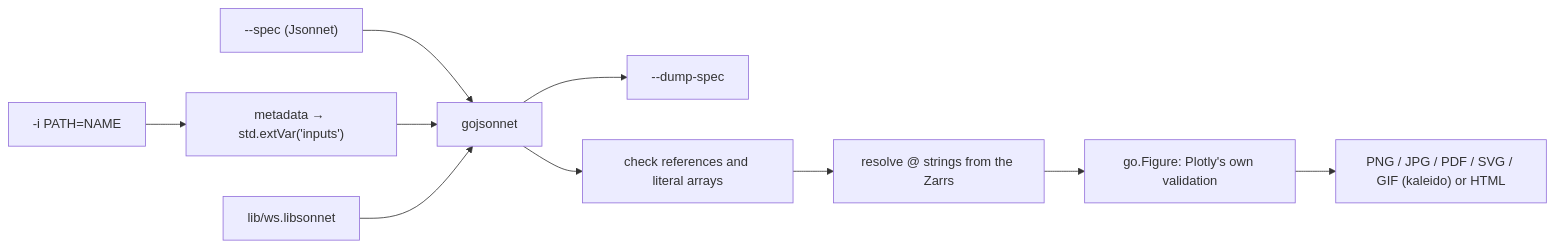
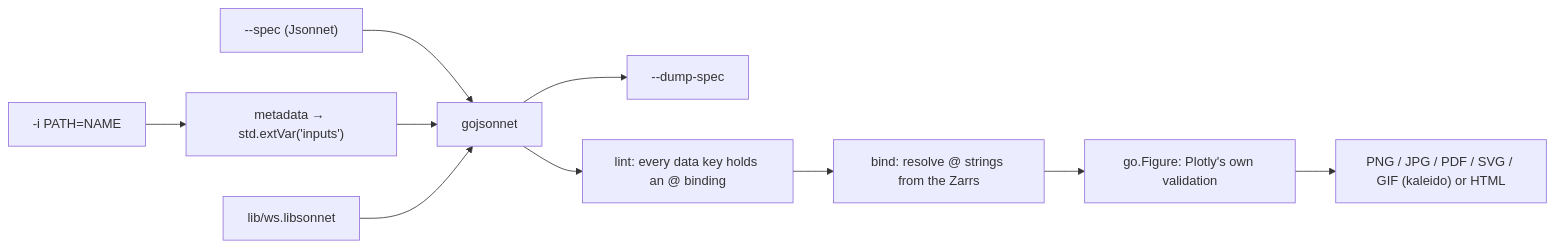
The diagram in docs/plotting.md (rhiza-research/weather-skills-plotting), drawn with Mermaid before and after one commit. The commit also changed other lines of this file and 14 other files, not shown here.

````diff
--- a/docs/plotting.md
+++ b/docs/plotting.md
@@ -21,12 +21,12 @@
 ```mermaid
 flowchart LR
   Inputs["-i PATH=NAME"] --> Meta["metadata → std.extVar('inputs')"]
   Spec["--spec (Jsonnet)"] --> Eval[gojsonnet]
   Meta --> Eval
   Lib["lib/ws.libsonnet"] --> Eval
   Eval --> Dump["--dump-spec"]
-  Eval --> Check["check references and literal arrays"]
-  Check --> Resolve["resolve @ strings from the Zarrs"]
+  Eval --> Lint["lint: every data key holds an @ binding"]
+  Lint --> Resolve["bind: resolve @ strings from the Zarrs"]
   Resolve --> Validate["go.Figure: Plotly's own validation"]
   Validate --> Out["PNG / JPG / PDF / SVG / GIF (kaleido) or HTML"]
 ```
````
